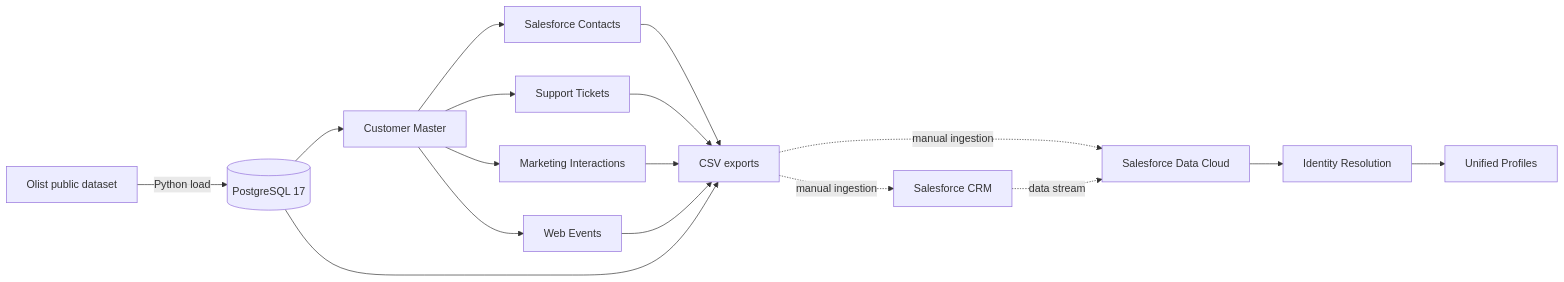
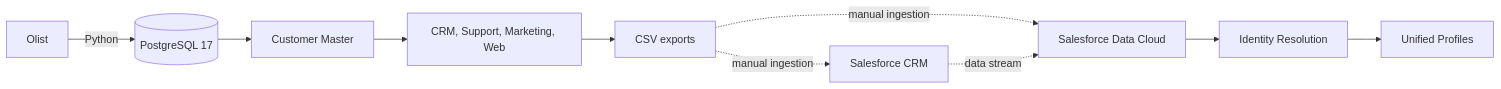
The diagram in README.md (FelipeEnne/salesforce-data360-customer-intelligence), drawn with Mermaid before and after one commit. The commit also changed other lines of this file and 3 other files, not shown here.

````diff
--- a/README.md
+++ b/README.md
@@ -25,19 +15,12 @@
 ```mermaid
 flowchart LR
-    O[Olist public dataset] -->|Python load| P[(PostgreSQL 17)]
+    O[Olist] -->|Python| P[(PostgreSQL 17)]
     P --> CM[Customer Master]
-    CM --> SF[Salesforce Contacts]
-    CM --> SU[Support Tickets]
-    CM --> MK[Marketing Interactions]
-    CM --> WE[Web Events]
-    SF --> E[CSV exports]
-    SU --> E
-    MK --> E
-    WE --> E
-    P --> E
+    CM --> S[CRM, Support, Marketing, Web]
+    S --> E[CSV exports]
     E -. manual ingestion .-> CRM[Salesforce CRM]
     E -. manual ingestion .-> DC[Salesforce Data Cloud]
     CRM -. data stream .-> DC
     DC --> IR[Identity Resolution]
     IR --> UP[Unified Profiles]
 ```
````
